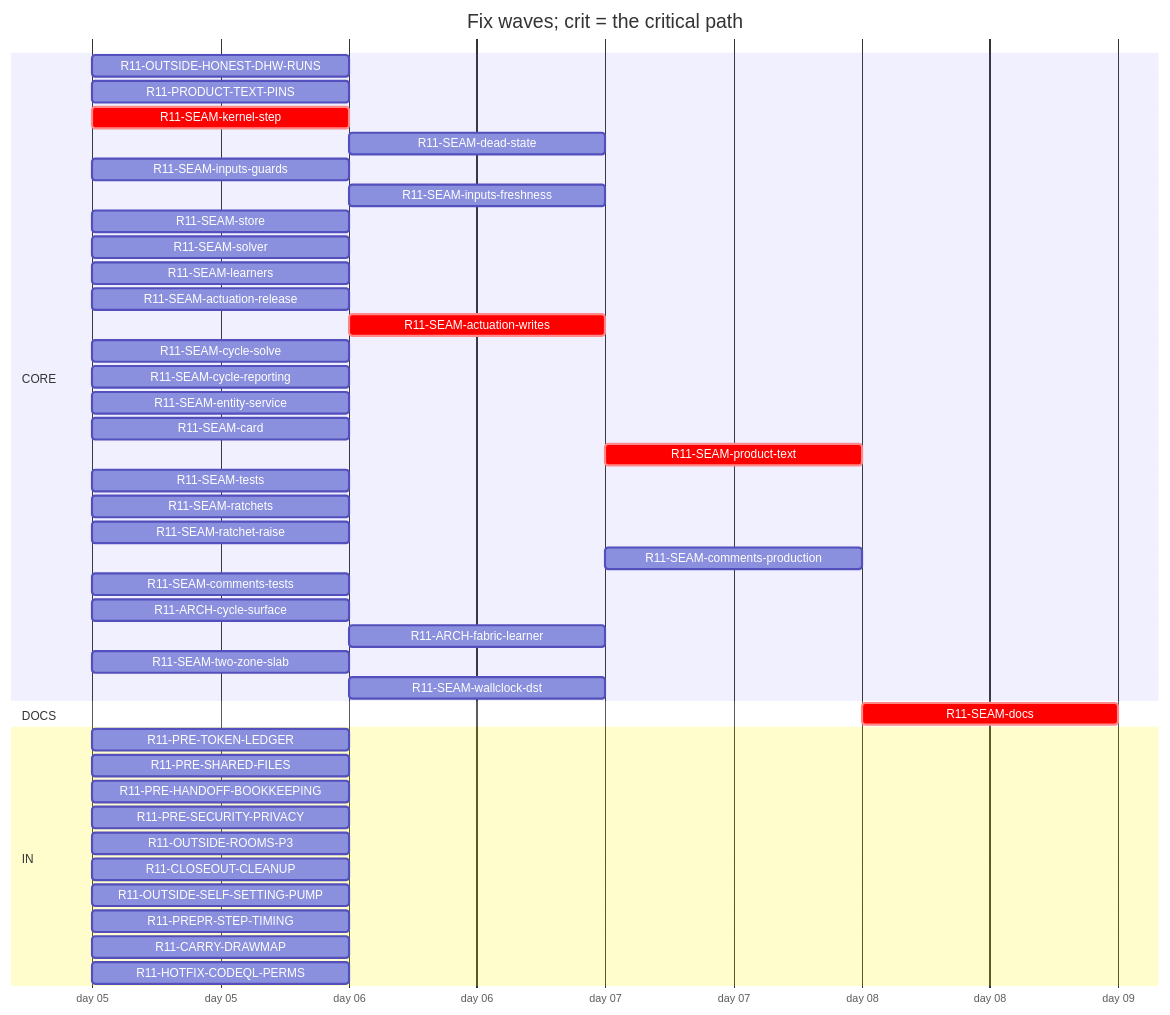
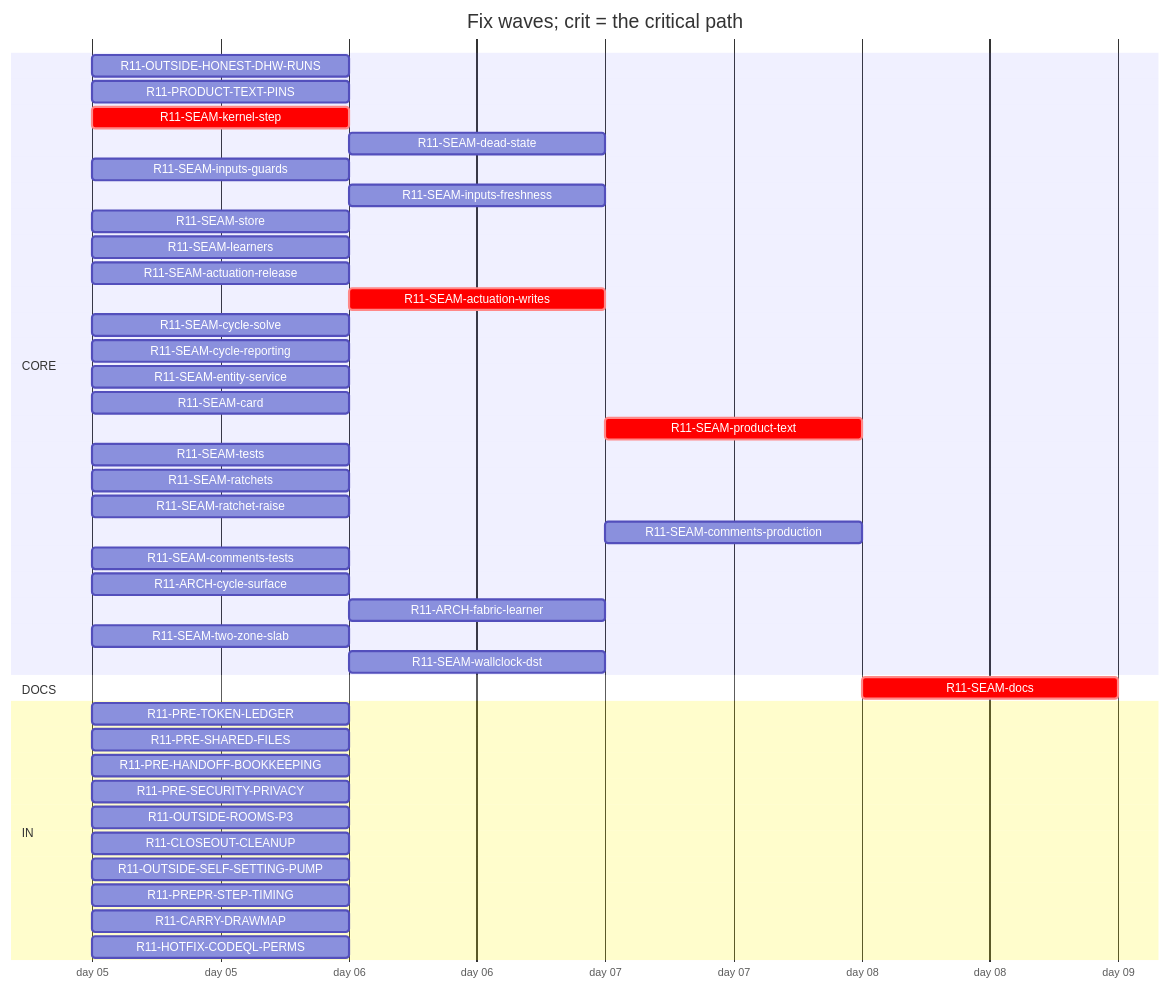
Before and after one commit to tvofi/heatpump_optimizer: the diagram in handoff/round11/state/PLAN-TABLE.md, drawn with Mermaid. The commit also changed other lines of this file and 4 other files, not shown here.

Commit message:
state: FLOW-BOARD.md, NEXT-SESSION-PROMPT.md, PLAN-TABLE.md, PLAN.html, RESUME-CURRENT.md regenerated (state_docs.py)

````diff
--- a/handoff/round11/state/PLAN-TABLE.md
+++ b/handoff/round11/state/PLAN-TABLE.md
@@ -16,45 +16,44 @@
 ```mermaid
 gantt
   title Fix waves; crit = the critical path
   dateFormat YYYY-MM-DD
   axisFormat day %d
   section CORE
     R11-OUTSIDE-HONEST-DHW-RUNS :r11OUTSIDEHONESTDHWRUNS, 2026-01-05, 1d
     R11-PRODUCT-TEXT-PINS :r11PRODUCTTEXTPINS, 2026-01-05, 1d
     R11-SEAM-kernel-step :crit, r11SEAMkernelstep, 2026-01-05, 1d
     R11-SEAM-dead-state :r11SEAMdeadstate, after r11SEAMstore, 1d
     R11-SEAM-inputs-guards :r11SEAMinputsguards, 2026-01-05, 1d
     R11-SEAM-inputs-freshness :r11SEAMinputsfreshness, after r11SEAMkernelstep, 1d
     R11-SEAM-store :r11SEAMstore, 2026-01-05, 1d
-    R11-SEAM-solver :r11SEAMsolver, 2026-01-05, 1d
     R11-SEAM-learners :r11SEAMlearners, 2026-01-05, 1d
     R11-SEAM-actuation-release :r11SEAMactuationrelease, 2026-01-05, 1d
     R11-SEAM-actuation-writes :crit, r11SEAMactuationwrites, after r11SEAMkernelstep r11SEAMactuationrelease, 1d
     R11-SEAM-cycle-solve :r11SEAMcyclesolve, 2026-01-05, 1d
     R11-SEAM-cycle-reporting :r11SEAMcyclereporting, 2026-01-05, 1d
     R11-SEAM-entity-service :r11SEAMentityservice, 2026-01-05, 1d
     R11-SEAM-card :r11SEAMcard, 2026-01-05, 1d
     R11-SEAM-product-text :crit, r11SEAMproducttext, after r11SEAMactuationrelease r11SEAMactuationwrites r11SEAMentityservice r11SEAMinputsguards r11SEAMinputsfreshness r11SEAMcyclesolve r11SEAMcyclereporting, 1d
     R11-SEAM-tests :r11SEAMtests, 2026-01-05, 1d
     R11-SEAM-ratchets :r11SEAMratchets, 2026-01-05, 1d
     R11-SEAM-ratchet-raise :r11SEAMratchetraise, 2026-01-05, 1d
     R11-SEAM-comments-production :r11SEAMcommentsproduction, after r11SEAMactuationrelease r11SEAMactuationwrites r11SEAMentityservice r11SEAMinputsguards r11SEAMinputsfreshness r11SEAMcyclesolve r11SEAMcyclereporting, 1d
     R11-SEAM-comments-tests :r11SEAMcommentstests, 2026-01-05, 1d
     R11-ARCH-cycle-surface :r11ARCHcyclesurface, 2026-01-05, 1d
     R11-ARCH-fabric-learner :r11ARCHfabriclearner, after r11SEAMlearners, 1d
     R11-SEAM-two-zone-slab :r11SEAMtwozoneslab, 2026-01-05, 1d
     R11-SEAM-wallclock-dst :r11SEAMwallclockdst, after r11SEAMkernelstep, 1d
   section DOCS
     R11-SEAM-docs :crit, r11SEAMdocs, after r11SEAMlearners r11SEAMactuationrelease r11SEAMactuationwrites r11SEAMentityservice r11SEAMinputsguards r11SEAMinputsfreshness r11SEAMcyclesolve r11SEAMcyclereporting r11SEAMcard r11SEAMproducttext, 1d
   section IN
     R11-PRE-TOKEN-LEDGER :r11PRETOKENLEDGER, 2026-01-05, 1d
     R11-PRE-SHARED-FILES :r11PRESHAREDFILES, 2026-01-05, 1d
     R11-PRE-HANDOFF-BOOKKEEPING :r11PREHANDOFFBOOKKEEPING, 2026-01-05, 1d
     R11-PRE-SECURITY-PRIVACY :r11PRESECURITYPRIVACY, 2026-01-05, 1d
     R11-OUTSIDE-ROOMS-P3 :r11OUTSIDEROOMSP3, 2026-01-05, 1d
     R11-CLOSEOUT-CLEANUP :r11CLOSEOUTCLEANUP, 2026-01-05, 1d
     R11-OUTSIDE-SELF-SETTING-PUMP :r11OUTSIDESELFSETTINGPUMP, 2026-01-05, 1d
     R11-PREPR-STEP-TIMING :r11PREPRSTEPTIMING, 2026-01-05, 1d
     R11-CARRY-DRAWMAP :r11CARRYDRAWMAP, 2026-01-05, 1d
     R11-HOTFIX-CODEQL-PERMS :r11HOTFIXCODEQLPERMS, 2026-01-05, 1d
 ```
````
